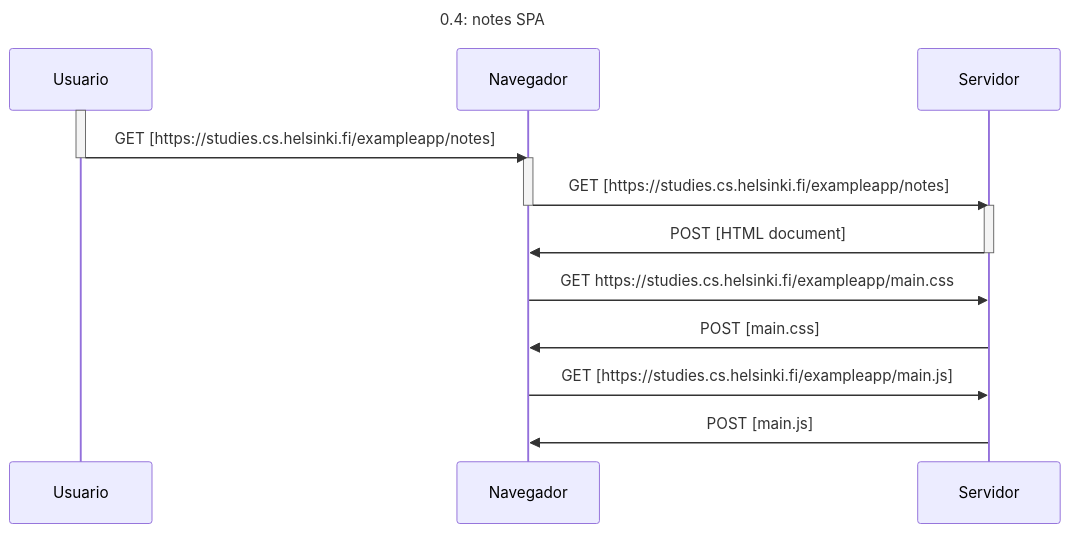
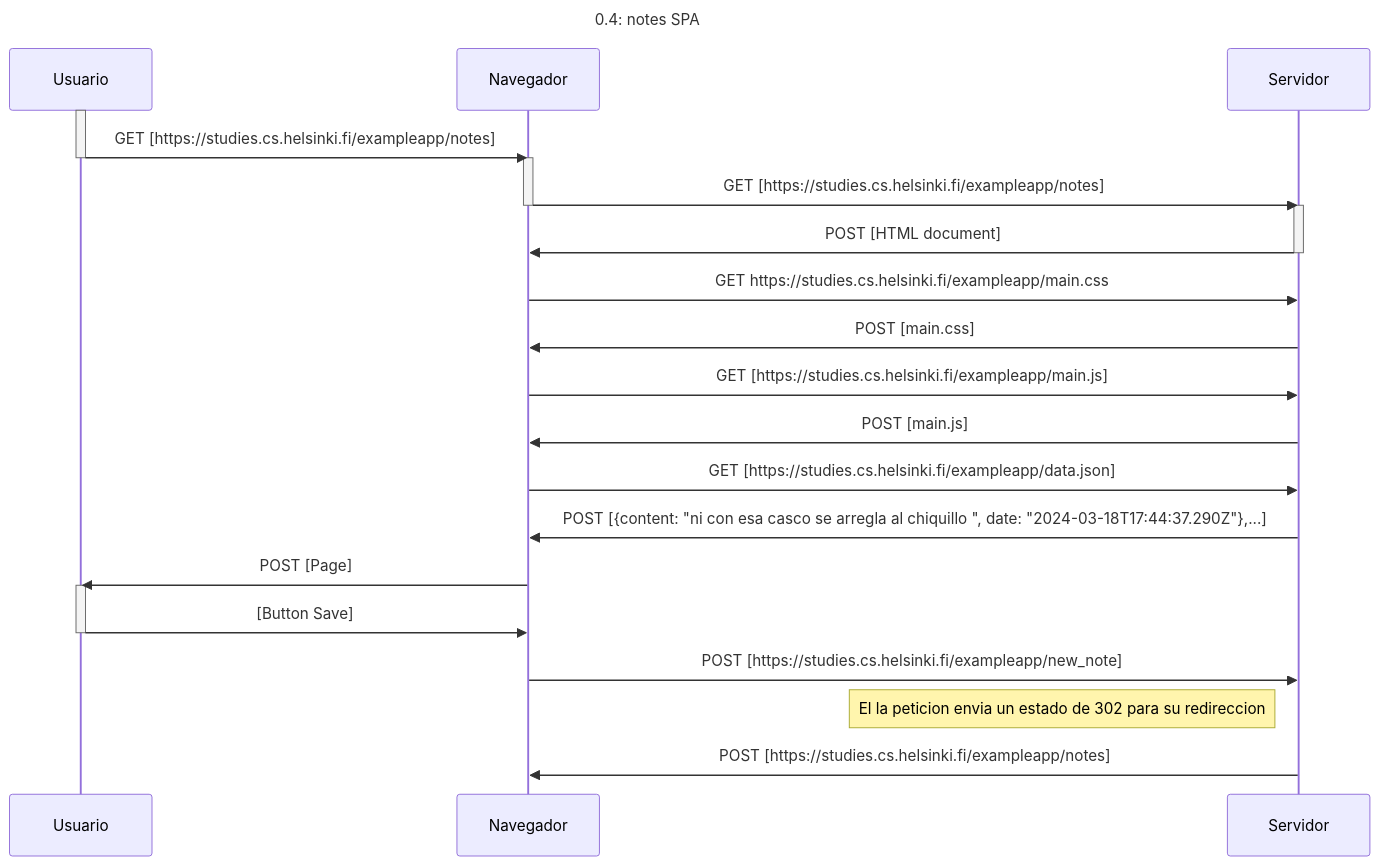
Before and after one commit to thecrusher2345/Full-Stack-Open-2023: the diagram in 0.4: Nuevo diagrama de nota.md, drawn with Mermaid.

Commit message:
Update 0.4: Nuevo diagrama de nota.md

````diff
--- a/0.4: Nuevo diagrama de nota.md
+++ b/0.4: Nuevo diagrama de nota.md
@@ -3,28 +3,41 @@
 ```mermaid
 sequenceDiagram
     Title: 0.4: notes SPA
 
     participant Usuario
     participant Navegador
     participant Servidor
     
 
     activate Usuario
     Usuario->>Navegador: GET [https://studies.cs.helsinki.fi/exampleapp/notes]
     deactivate Usuario
     activate Navegador
     Navegador->>Servidor: GET [https://studies.cs.helsinki.fi/exampleapp/notes]
     deactivate Navegador
     activate Servidor
     Servidor->>Navegador: POST [HTML document]
     deactivate Servidor
 
     Navegador->>Servidor: GET https://studies.cs.helsinki.fi/exampleapp/main.css
     Servidor->>Navegador: POST [main.css]
 
     Navegador->>Servidor: GET [https://studies.cs.helsinki.fi/exampleapp/main.js]
     Servidor->>Navegador: POST [main.js]
+
+    Navegador->>Servidor: GET [https://studies.cs.helsinki.fi/exampleapp/data.json]
+    Servidor->>Navegador: POST [{content: "ni con esa casco se arregla al chiquillo ", date: "2024-03-18T17:44:37.290Z"},...]
+
+
+    Navegador->>Usuario: POST [Page]
+    activate Usuario
+    Usuario->>Navegador: [Button Save]
+    deactivate Usuario
+
+    Navegador->>Servidor: POST [https://studies.cs.helsinki.fi/exampleapp/new_note]
+Note left of Servidor: El la peticion envia un estado de 302 para su redireccion
+    Servidor->>Navegador: POST [https://studies.cs.helsinki.fi/exampleapp/notes]
     
 
 
 ```
````
